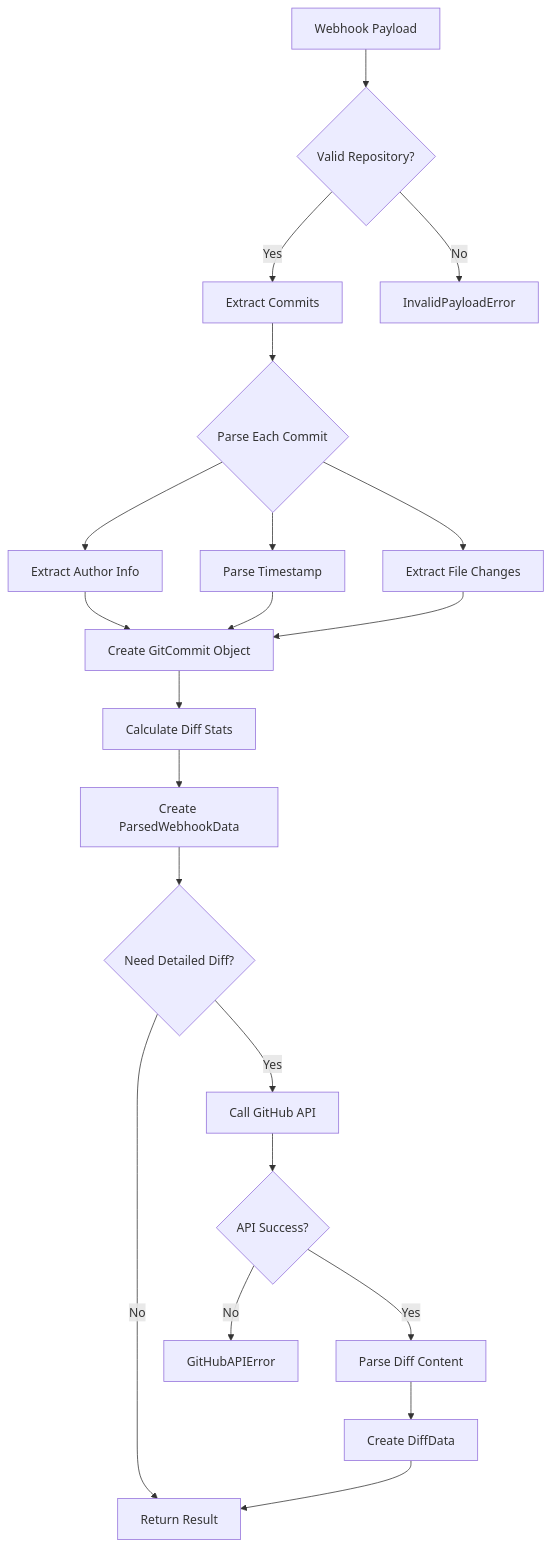
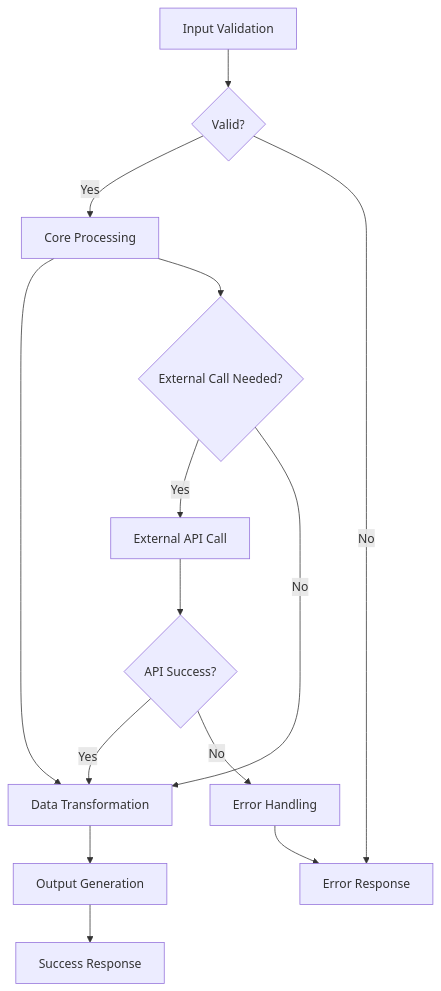
The fourth of 4 diagrams in packages/yeonjae-universal-git-data-parser/docs/technical-specification.md (yeonjae-work/universal-modules), drawn with Mermaid before and after one commit. The commit also changed other lines of this file and 11 other files, not shown here.

````diff
--- a/packages/yeonjae-universal-git-data-parser/docs/technical-specification.md
+++ b/packages/yeonjae-universal-git-data-parser/docs/technical-specification.md
@@ -244,24 +170,17 @@
 ```mermaid
 flowchart TD
-    A[Webhook Payload] --> B{Valid Repository?}
-    B -->|Yes| C[Extract Commits]
-    B -->|No| D[InvalidPayloadError]
-    C --> E{Parse Each Commit}
-    E --> F[Extract Author Info]
-    E --> G[Parse Timestamp]
-    E --> H[Extract File Changes]
-    F --> I[Create GitCommit Object]
-    G --> I
-    H --> I
-    I --> J[Calculate Diff Stats]
-    J --> K[Create ParsedWebhookData]
+    A[Input Validation] --> B{Valid?}
+    B -->|Yes| C[Core Processing]
+    B -->|No| D[Error Response]
+    C --> E[Data Transformation]
+    E --> F[Output Generation]
+    F --> G[Success Response]
     
-    K --> L{Need Detailed Diff?}
-    L -->|Yes| M[Call GitHub API]
-    L -->|No| N[Return Result]
-    M --> O{API Success?}
-    O -->|Yes| P[Parse Diff Content]
-    O -->|No| Q[GitHubAPIError]
-    P --> R[Create DiffData]
-    R --> N
+    C --> H{External Call Needed?}
+    H -->|Yes| I[External API Call]
+    H -->|No| E
+    I --> J{API Success?}
+    J -->|Yes| E
+    J -->|No| K[Error Handling]
+    K --> D
 ```
````
